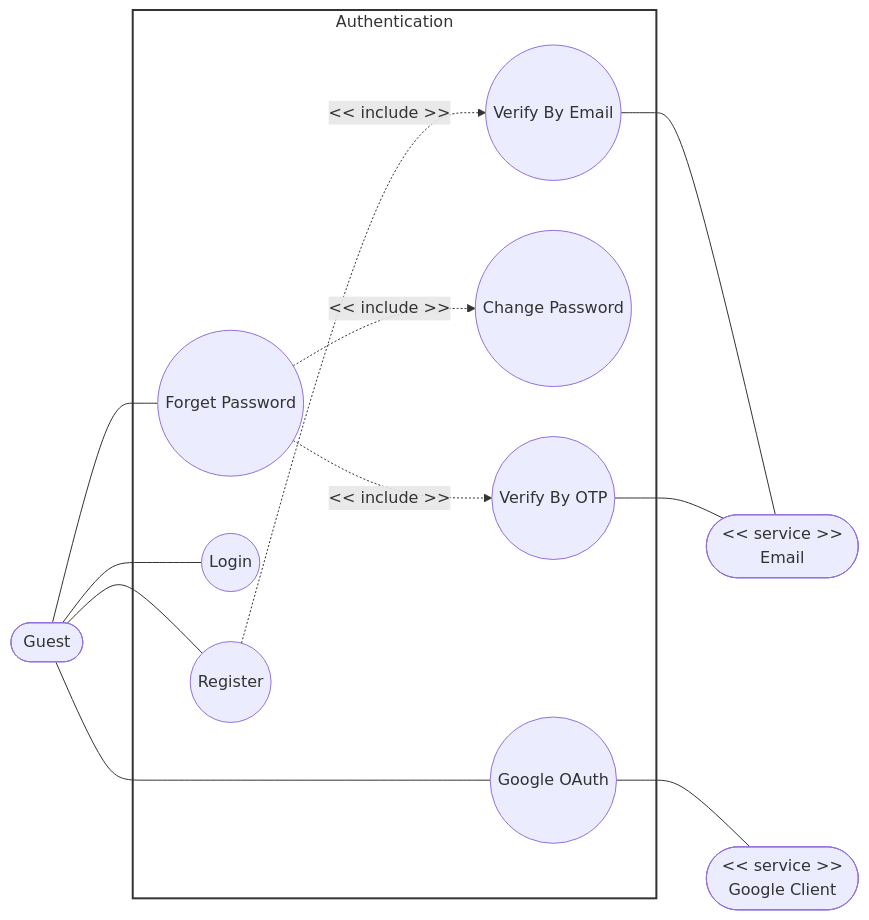
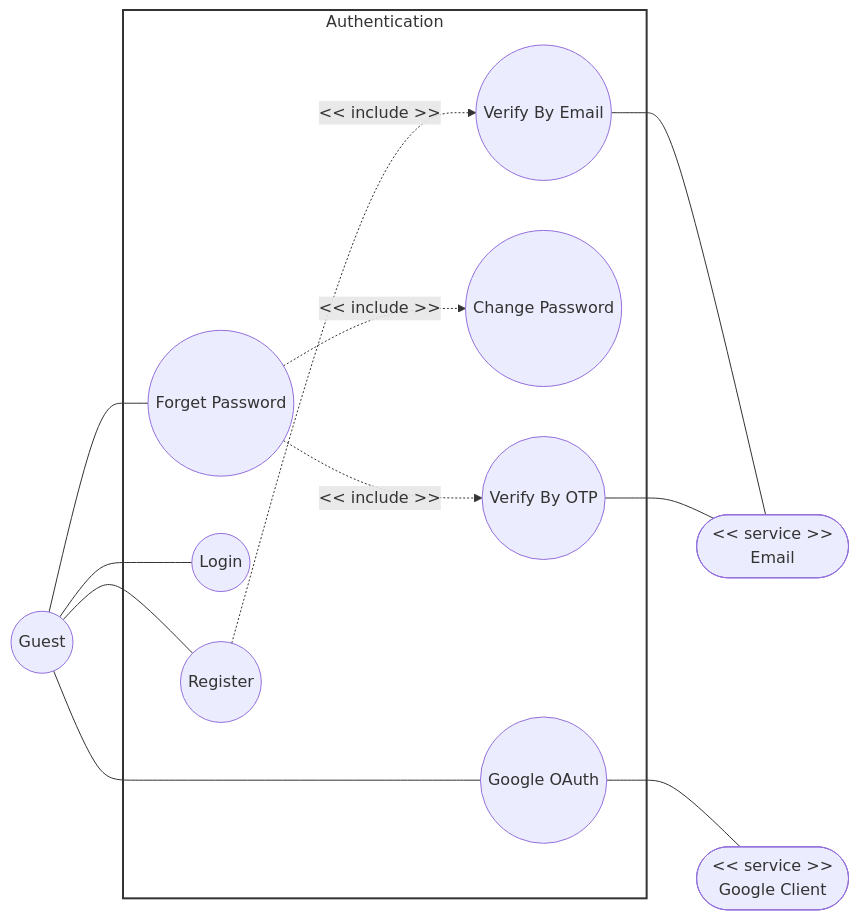
One commit to DuyNhat1705/AmeThyst-Library changed the second of 9 diagrams in docs/management/PA3/Use-CaseDiagram.md. Above: the diagram before and after it, drawn with Mermaid. The commit also changed other lines of this file and 56 other files, not shown here.

Commit message:
rename uc diagram file and uc spec file

````diff
--- a/docs/management/PA3/Use-CaseDiagram.md
+++ b/docs/management/PA3/Use-CaseDiagram.md
@@ -43,47 +56,47 @@
 ```mermaid
 flowchart LR
     %% Left Actor
-    ActorGuest([Guest])
+    ActorGuest((Guest))
         %% Central System Boundary Subgraph
     subgraph Authentication [Authentication]
         UC_Reg((Register))
         UC_OAuth((Google OAuth))
         UC_Login((Login))
         UC_Forget((Forget Password))
         UC_Change((Change Password))
         UC_VerifyEmail((Verify By Email))
         UC_VerifyOTP((Verify By OTP))
     end
 
     %% Right Actors
     ActorEmail(["<center><< service >><br>Email</center>"])
     ActorGoogle(["<center><< service >><br>Google Client</center>"])
 
     %% -------------------------------------------------------------
     %% Structural Layout Anchors (Invisible lines to center-align the subgraph)
     %% -------------------------------------------------------------
     ActorGuest ~~~ Authentication ~~~ ActorEmail
     ActorGuest ~~~ Authentication ~~~~ ActorGoogle
 
     %% -------------------------------------------------------------
     %% Actual Connections (Matching your image exactly)
     %% -------------------------------------------------------------
     %% Left Actor Associations
     ActorGuest --- UC_Reg
     ActorGuest --- UC_OAuth
     ActorGuest --- UC_Login
     ActorGuest --- UC_Forget
 
     %% Subgraph Internal Include Relationships
     UC_Reg -. "<< include >>" .-> UC_VerifyEmail
     UC_Forget -. "<< include >>" .-> UC_VerifyOTP
     UC_Forget -. "<< include >>" .-> UC_Change
 
     %% Right Actor Associations
     UC_VerifyEmail --- ActorEmail
     UC_OAuth --- ActorGoogle
     UC_VerifyOTP --- ActorEmail
 
     %% Styling
     style Authentication fill:#fff,stroke:#333,stroke-width:2px
 ```
````
